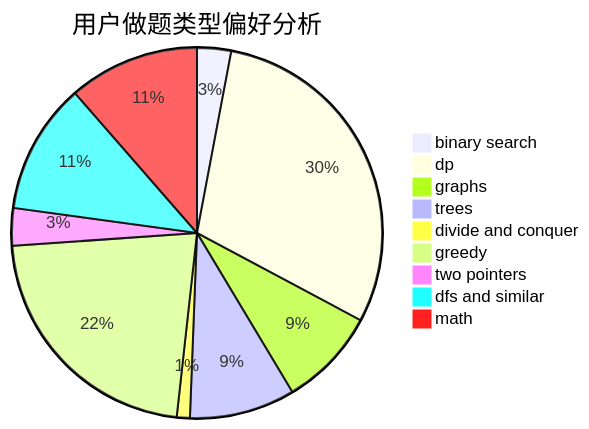
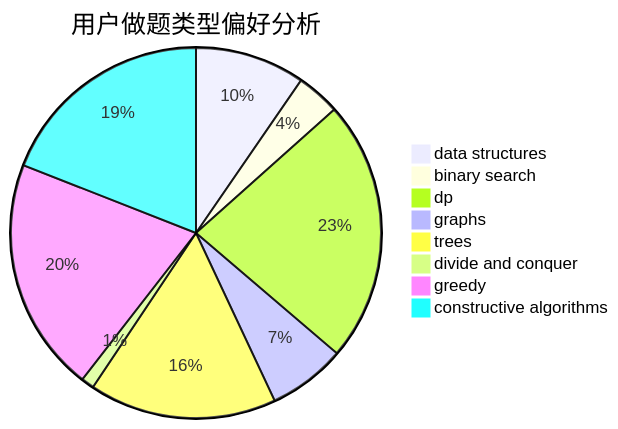
One commit to sherpahu/cfrs.github.io changed the second of 3 diagrams in docs/user/u1927.md. Above: the diagram before and after it, drawn with Mermaid. The commit also changed other lines of this file and 2775 other files, not shown here.

````diff
--- a/docs/user/u1927.md
+++ b/docs/user/u1927.md
@@ -23,12 +23,11 @@
 ```mermaid
 pie title 用户做题类型偏好分析
-    "binary search" :  39
-    "dp" :  392
-    "graphs" :  113
-    "trees" :  121
-    "divide and conquer" :  15
-    "greedy" :  291
-    "two pointers" :  43
-    "dfs and similar" :  150
-    "math" :  150
+    "data structures" :  68
+    "binary search" :  27
+    "dp" :  162
+    "graphs" :  48
+    "trees" :  116
+    "divide and conquer" :  8
+    "greedy" :  145
+    "constructive algorithms" :  135
 ```
````
